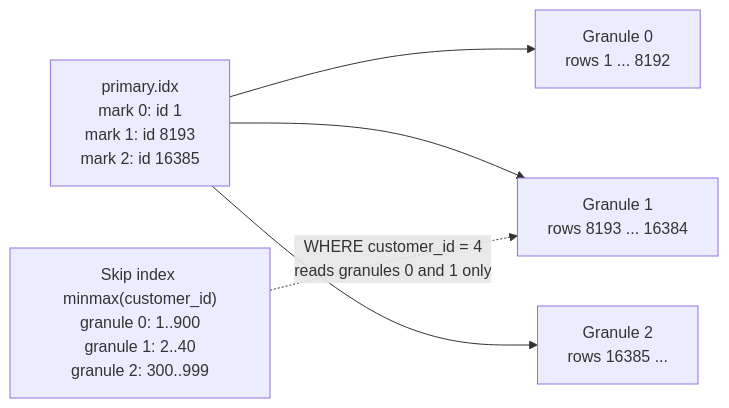
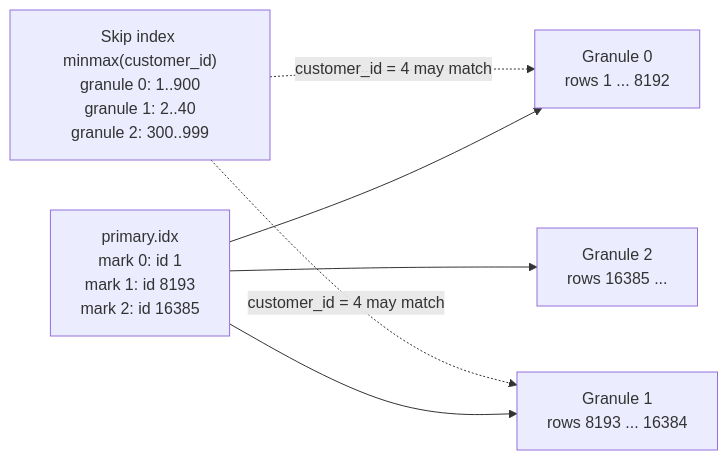
The seventh of 7 diagrams in docs/handbook/en/part1/07-indexes.md (hadirajabi80/rowlit), drawn with Mermaid before and after one commit. The commit also changed other lines of this file and 1 other file, not shown here.

````diff
--- a/docs/handbook/en/part1/07-indexes.md
+++ b/docs/handbook/en/part1/07-indexes.md
@@ -848,7 +849,8 @@
 ```mermaid
 flowchart LR
     PK["primary.idx<br/>mark 0: id 1<br/>mark 1: id 8193<br/>mark 2: id 16385"] --> G0["Granule 0<br/>rows 1 ... 8192"]
     PK --> G1["Granule 1<br/>rows 8193 ... 16384"]
     PK --> G2["Granule 2<br/>rows 16385 ..."]
-    SKIP["Skip index minmax(customer_id)<br/>granule 0: 1..900<br/>granule 1: 2..40<br/>granule 2: 300..999"] -.->|"WHERE customer_id = 4<br/>reads granules 0 and 1 only"| G1
+    SKIP["Skip index minmax(customer_id)<br/>granule 0: 1..900<br/>granule 1: 2..40<br/>granule 2: 300..999"] -.->|"customer_id = 4 may match"| G0
+    SKIP -.->|"customer_id = 4 may match"| G1
 ```
````
